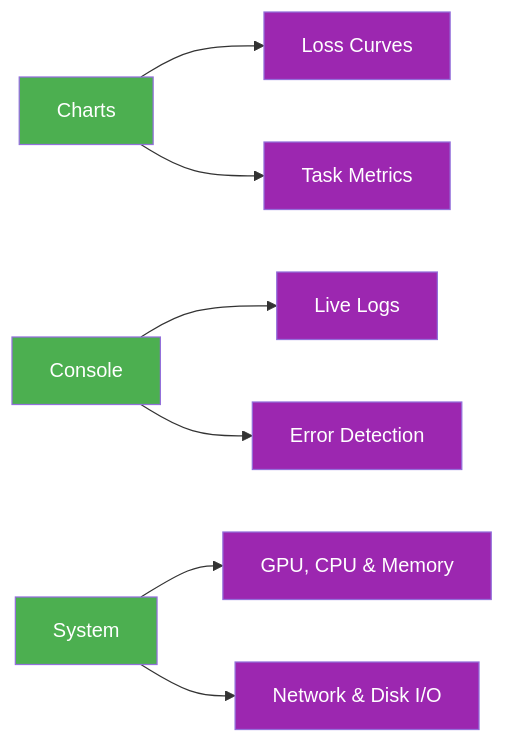
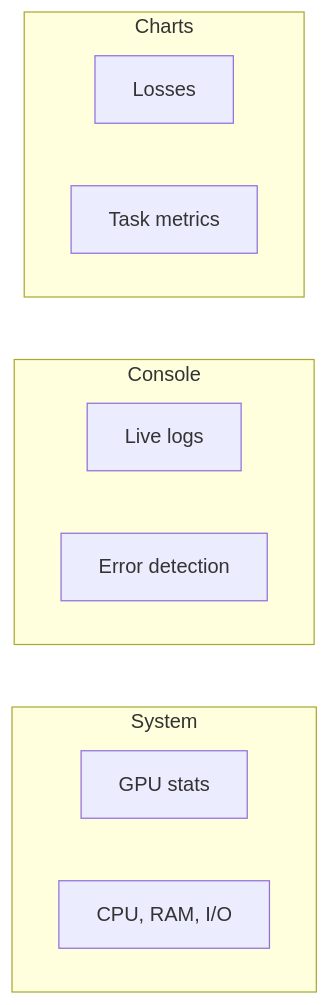
The second of 2 diagrams in docs/en/platform/train/index.md (ultralytics/ultralytics), drawn with Mermaid before and after one commit. The commit also changed other lines of this file and 20 other files, not shown here.

First line of the commit message:
Migrate docs Mermaid diagrams to the unified design system

````diff
--- a/docs/en/platform/train/index.md
+++ b/docs/en/platform/train/index.md
@@ -92,12 +88,17 @@
 ```mermaid
-graph LR
-    A[Charts]:::start --> B[Loss Curves]:::out
-    A --> C[Task Metrics]:::out
-    D[Console]:::start --> E[Live Logs]:::out
-    D --> F[Error Detection]:::out
-    G[System]:::start --> H[GPU, CPU & Memory]:::out
-    G --> I[Network & Disk I/O]:::out
-
-    classDef start fill:#4CAF50,color:#fff
-    classDef out fill:#9C27B0,color:#fff
+flowchart TD
+    subgraph charts["Charts"]
+        A[Losses]
+        B[Task metrics]
+    end
+    subgraph console["Console"]
+        C[Live logs]
+        D[Error detection]
+    end
+    subgraph system["System"]
+        E[GPU stats]
+        F["CPU, RAM, I/O"]
+    end
+    charts ~~~ console
+    console ~~~ system
 ```
````
